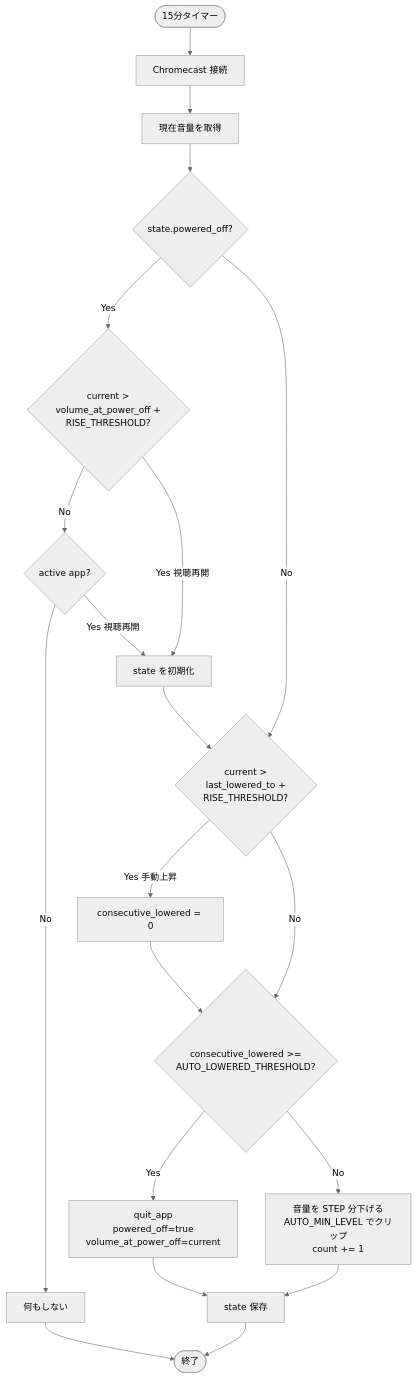
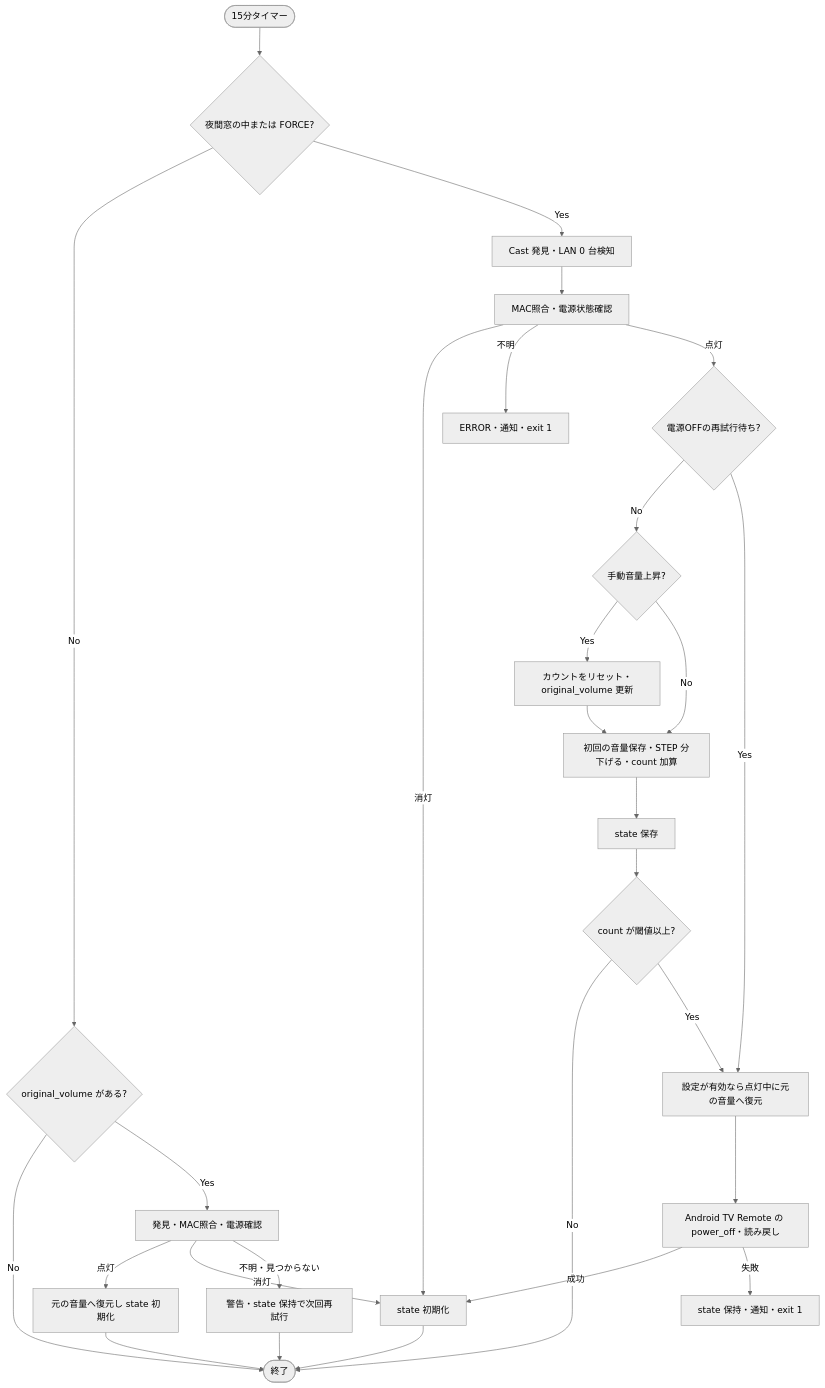
The diagram in README.md (noricha-vr/nemucast), drawn with Mermaid (neutral theme) before and after one commit. The commit also changed other lines of this file and 7 other files, not shown here.

````diff
--- a/README.md
+++ b/README.md
@@ -123,22 +136,30 @@
 ```mermaid
 flowchart TD
-    Start([15分タイマー]) --> Connect[Chromecast 接続]
-    Connect --> CurVol[現在音量を取得]
-    CurVol --> PoweredOff{state.powered_off?}
-    PoweredOff -->|Yes| Risen{current &gt;<br/>volume_at_power_off +<br/>RISE_THRESHOLD?}
-    Risen -->|No| ActiveApp{active app?}
-    ActiveApp -->|No| Skip[何もしない]
-    ActiveApp -->|Yes 視聴再開| Reset1[state を初期化]
-    Risen -->|Yes 視聴再開| Reset1[state を初期化]
-    Reset1 --> ManualCheck
-    PoweredOff -->|No| ManualCheck{current &gt;<br/>last_lowered_to +<br/>RISE_THRESHOLD?}
-    ManualCheck -->|Yes 手動上昇| ResetCount[consecutive_lowered = 0]
-    ManualCheck -->|No| Threshold
-    ResetCount --> Threshold{consecutive_lowered &gt;=<br/>AUTO_LOWERED_THRESHOLD?}
-    Threshold -->|Yes| Standby[quit_app<br/>powered_off=true<br/>volume_at_power_off=current]
-    Threshold -->|No| LowerVol[音量を STEP 分下げる<br/>AUTO_MIN_LEVEL でクリップ<br/>count += 1]
-    LowerVol --> SaveState[state 保存]
-    Standby --> SaveState
-    SaveState --> End([終了])
-    Skip --> End
+    Start([15分タイマー]) --> Night{夜間窓の中または FORCE?}
+    Night -->|No| Session{original_volume がある?}
+    Session -->|No| End([終了])
+    Session -->|Yes| Cleanup[発見・MAC照合・電源確認]
+    Cleanup -->|点灯| RestoreCleanup[元の音量へ復元し state 初期化]
+    Cleanup -->|消灯| Clear[state 初期化]
+    Cleanup -->|不明・見つからない| Defer[警告・state 保持で次回再試行]
+    RestoreCleanup --> End
+    Clear --> End
+    Defer --> End
+    Night -->|Yes| Discover[Cast 発見・LAN 0 台検知]
+    Discover --> Power[MAC照合・電源状態確認]
+    Power -->|消灯| Clear
+    Power -->|不明| Error[ERROR・通知・exit 1]
+    Power -->|点灯| Pending{電源OFFの再試行待ち?}
+    Pending -->|No| Manual{手動音量上昇?}
+    Manual -->|Yes| Reset[カウントをリセット・original_volume 更新]
+    Manual -->|No| Lower
+    Reset --> Lower[初回の音量保存・STEP 分下げる・count 加算]
+    Lower --> Save[state 保存]
+    Save --> Threshold{count が閾値以上?}
+    Threshold -->|No| End
+    Pending -->|Yes| Restore
+    Threshold -->|Yes| Restore[設定が有効なら点灯中に元の音量へ復元]
+    Restore --> Off[Android TV Remote の power_off・読み戻し]
+    Off -->|成功| Clear
+    Off -->|失敗| Fail[state 保持・通知・exit 1]
 ```
````
